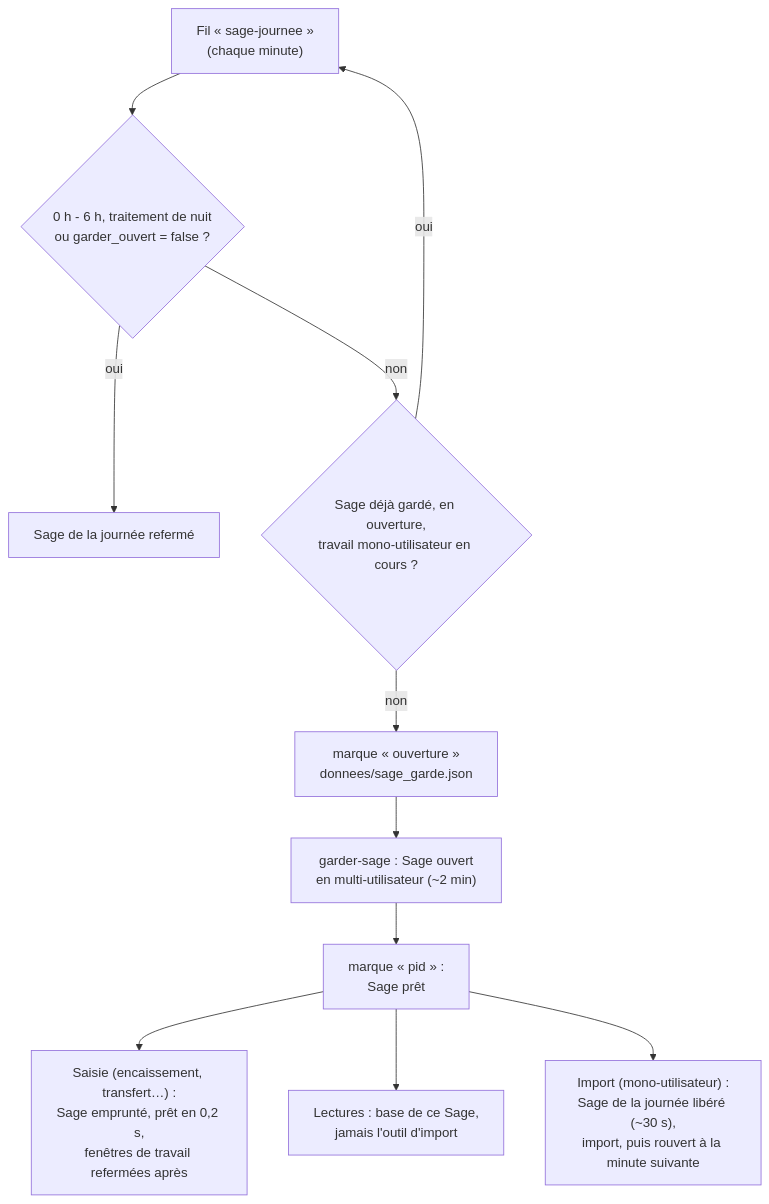
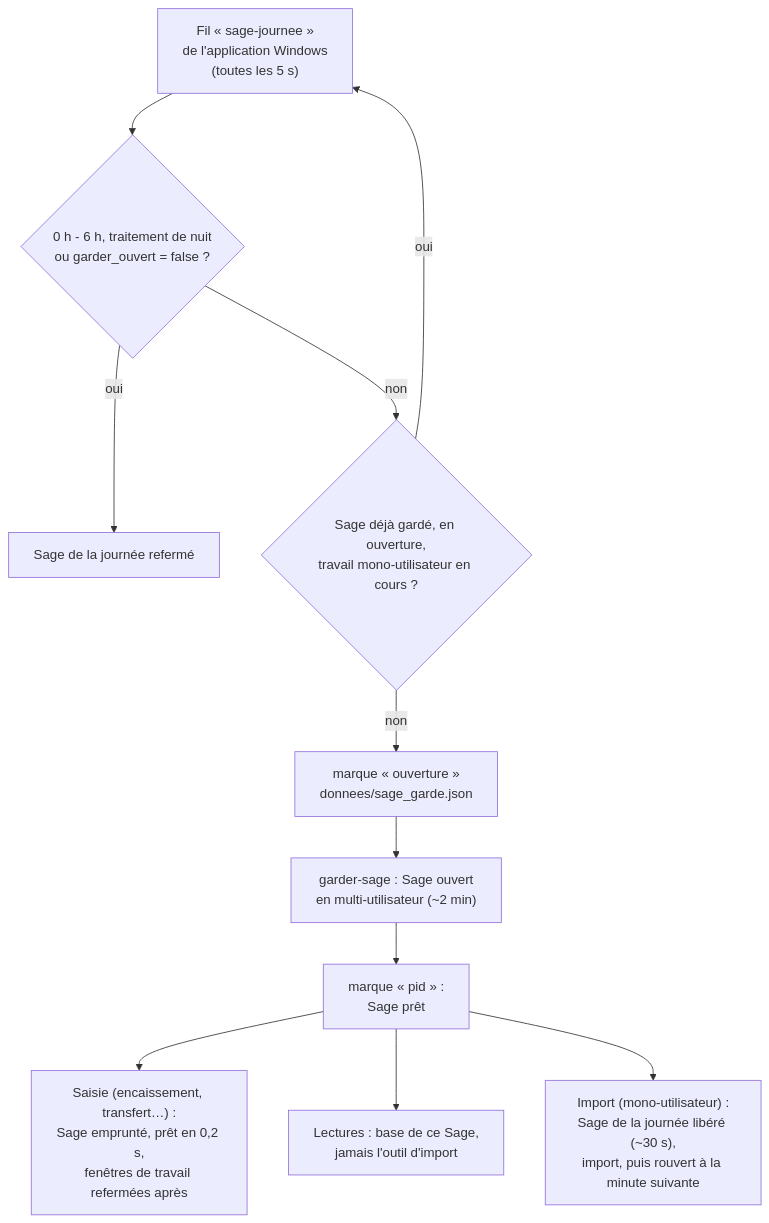
One commit to mteingueng-dot/MVOGMBI_Sync_2026.1 changed diagram 21 of 22 in ARCHITECTURE.md. Above: the diagram before and after it, drawn with Mermaid. The commit also changed other lines of this file and 24 other files, not shown here.

First line of the commit message:
Versions 1.0.8 à 1.0.10 : Sage lié à l'application Windows, Sage d'une personne prioritaire, Sage orphelin refermé

````diff
--- a/ARCHITECTURE.md
+++ b/ARCHITECTURE.md
@@ -663,13 +663,13 @@
 ```mermaid
 flowchart TD
-    F["Fil « sage-journee »<br/>(chaque minute)"] --> N{"0 h - 6 h, traitement de nuit<br/>ou garder_ouvert = false ?"}
+    F["Fil « sage-journee »<br/>de l'application Windows<br/>(toutes les 5 s)"] --> N{"0 h - 6 h, traitement de nuit<br/>ou garder_ouvert = false ?"}
     N -- oui --> X["Sage de la journée refermé"]
     N -- non --> D{"Sage déjà gardé, en ouverture,<br/>travail mono-utilisateur en cours ?"}
     D -- oui --> F
     D -- non --> M["marque « ouverture »<br/>donnees/sage_garde.json"]
     M --> O["garder-sage : Sage ouvert<br/>en multi-utilisateur (~2 min)"]
     O --> P["marque « pid » :<br/>Sage prêt"]
     P --> S1["Saisie (encaissement, transfert…) :<br/>Sage emprunté, prêt en 0,2 s,<br/>fenêtres de travail refermées après"]
     P --> S2["Lectures : base de ce Sage,<br/>jamais l'outil d'import"]
     P --> S3["Import (mono-utilisateur) :<br/>Sage de la journée libéré (~30 s),<br/>import, puis rouvert à la minute suivante"]
 ```
````
